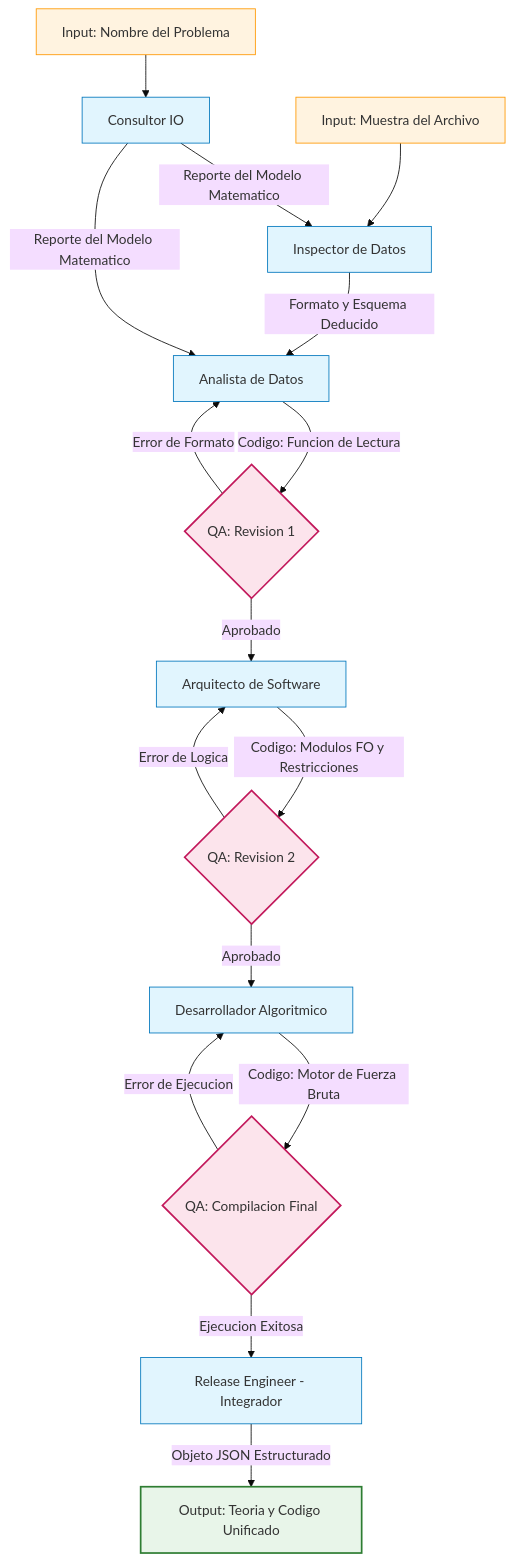
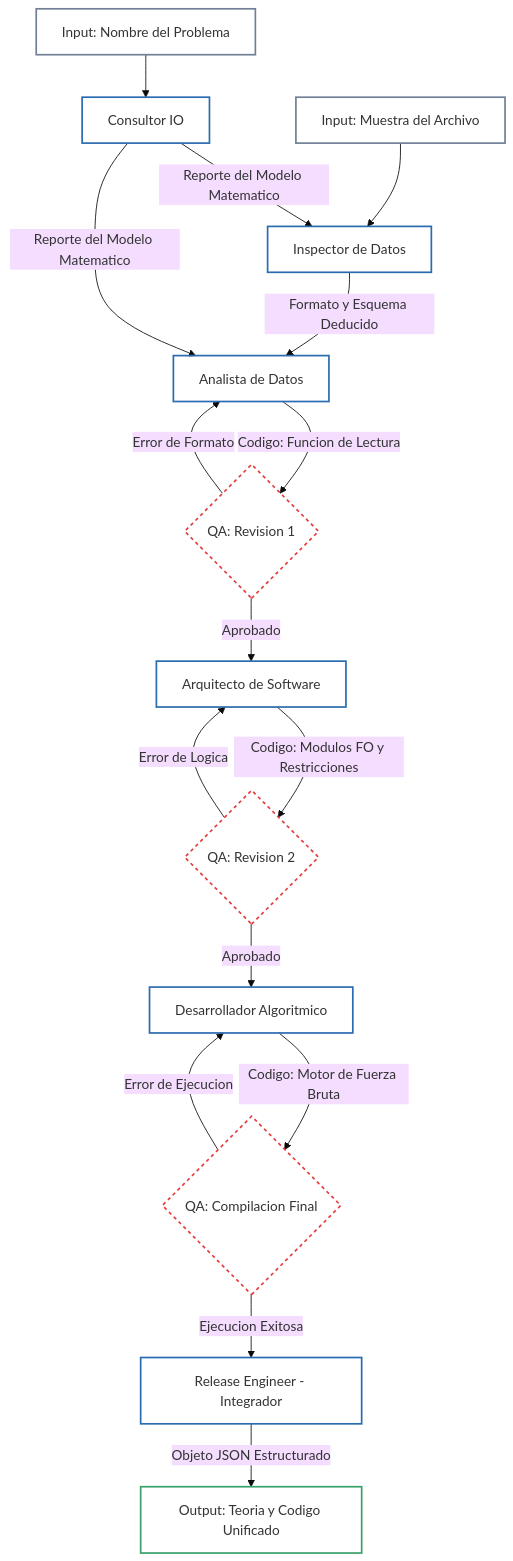
The diagram in README.md (NicoFuentese/Crew_IA_Agent_Optimization_problems), drawn with Mermaid (base theme) before and after one commit.

Commit message:
Diagrama Arreglo de colores

````diff
--- a/README.md
+++ b/README.md
@@ -34,38 +34,38 @@
 ```mermaid
 graph TD
     %% Entradas del sistema
     In1[Input: Nombre del Problema] --> Ag1[Consultor IO]
     In2[Input: Muestra del Archivo] --> Ag2[Inspector de Datos]
 
     %% Flujo de Teoría y Contexto
     Ag1 -->|Reporte del Modelo Matematico| Ag2
     Ag1 -->|Reporte del Modelo Matematico| Ag3[Analista de Datos]
     Ag2 -->|Formato y Esquema Deducido| Ag3
 
     %% Desarrollo y Supervisión Continua (Ciclos QA)
     Ag3 -->|Codigo: Funcion de Lectura| QA1{QA: Revision 1}
     QA1 -->|Error de Formato| Ag3
     
     QA1 -->|Aprobado| Ag4[Arquitecto de Software]
     Ag4 -->|Codigo: Modulos FO y Restricciones| QA2{QA: Revision 2}
     QA2 -->|Error de Logica| Ag4
     
     QA2 -->|Aprobado| Ag5[Desarrollador Algoritmico]
     Ag5 -->|Codigo: Motor de Fuerza Bruta| QA3{QA: Compilacion Final}
     QA3 -->|Error de Ejecucion| Ag5
     
     %% Empaquetado Final
     QA3 -->|Ejecucion Exitosa| Ag6[Release Engineer - Integrador]
     Ag6 -->|Objeto JSON Estructurado| Out[Output: Teoria y Codigo Unificado]
 
-    %% Estilos simples para diferenciar roles
-    classDef agente fill:#e1f5fe,stroke:#0277bd,stroke-width:1px;
-    classDef qa fill:#fce4ec,stroke:#c2185b,stroke-width:2px;
-    classDef input fill:#fff3e0,stroke:#ff9800,stroke-width:1px;
-    classDef output fill:#e8f5e9,stroke:#2e7d32,stroke-width:2px;
+    %% Estilos TI Minimalistas (Outline Design)
+    classDef agente fill:transparent,stroke:#2b6cb0,stroke-width:2px;
+    classDef qa fill:transparent,stroke:#e53e3e,stroke-width:2px,stroke-dasharray: 4 4;
+    classDef input fill:transparent,stroke:#718096,stroke-width:2px;
+    classDef output fill:transparent,stroke:#38a169,stroke-width:2px;
 
     class Ag1,Ag2,Ag3,Ag4,Ag5,Ag6 agente;
     class QA1,QA2,QA3 qa;
     class In1,In2 input;
     class Out output;
 ```
````
